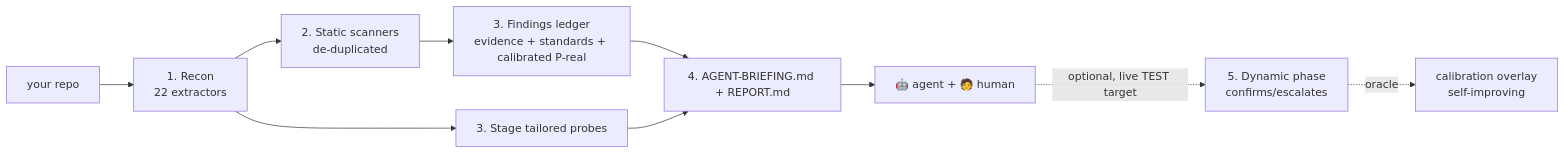
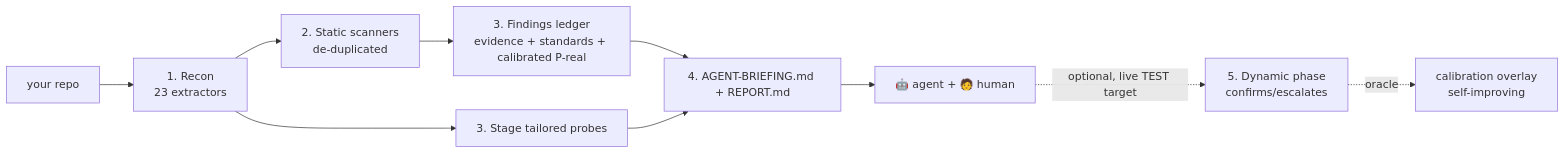
One commit to raccioly/websec-validator changed the diagram in docs-canonical/ARCHITECTURE.md. Above: the diagram before and after it, drawn with Mermaid. The commit also changed other lines of this file and 5 other files, not shown here.

````diff
--- a/docs-canonical/ARCHITECTURE.md
+++ b/docs-canonical/ARCHITECTURE.md
@@ -135,12 +135,12 @@
 ```mermaid
 graph LR
-    R[your repo] --> A[1. Recon<br/>22 extractors]
+    R[your repo] --> A[1. Recon<br/>23 extractors]
     A --> B[2. Static scanners<br/>de-duplicated]
     B --> C[3. Findings ledger<br/>evidence + standards + calibrated P-real]
     A --> D[3. Stage tailored probes]
     C --> E[4. AGENT-BRIEFING.md + REPORT.md]
     D --> E
     E --> F[🤖 agent + 🧑 human]
     F -. optional, live TEST target .-> G[5. Dynamic phase<br/>confirms/escalates] 
     G -. oracle .-> H[calibration overlay<br/>self-improving]
 ```
````
